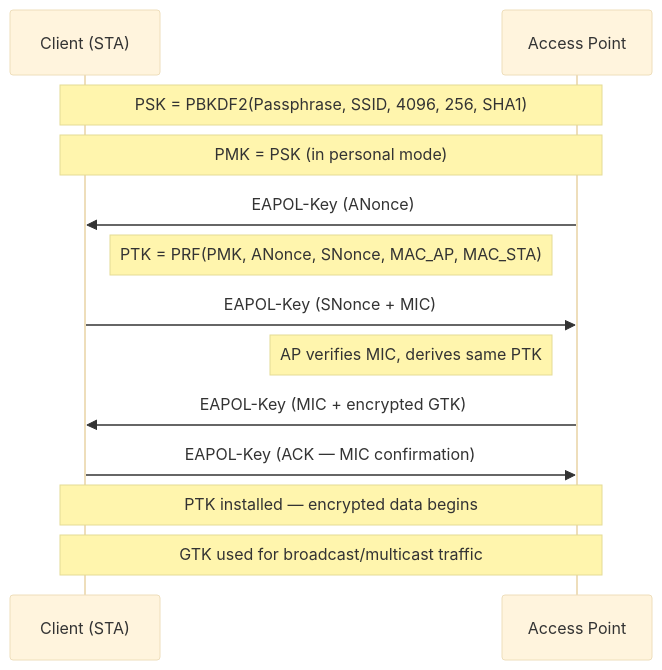
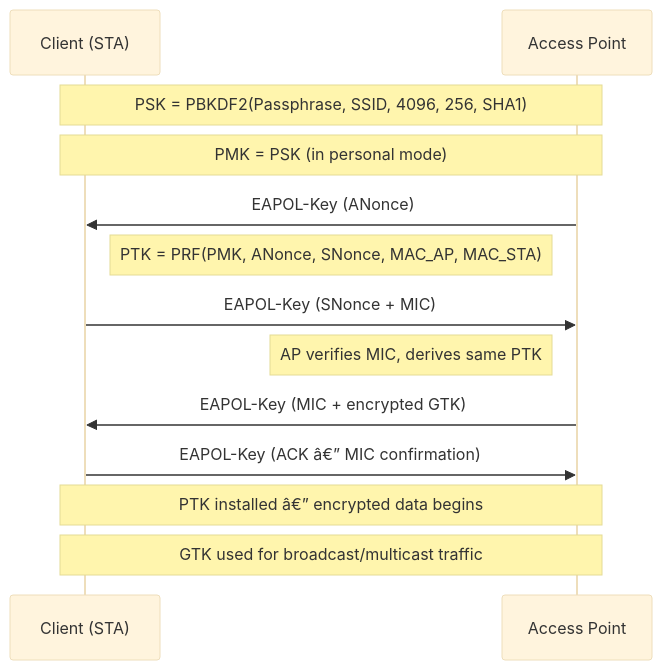
One commit to Raushan666java/ai-engineering-journey changed the first of 7 diagrams in docs/courses/cyber-security/14-wireless-iot-embedded.md. Above: the diagram before and after it, drawn with Mermaid (base theme). The commit also changed other lines of this file and 735 other files, not shown here.

````diff
--- a/docs/courses/cyber-security/14-wireless-iot-embedded.md
+++ b/docs/courses/cyber-security/14-wireless-iot-embedded.md
@@ -182,15 +182,15 @@
 ```mermaid
 sequenceDiagram
     participant STA as Client (STA)
     participant AP as Access Point
     Note over STA,AP: PSK = PBKDF2(Passphrase, SSID, 4096, 256, SHA1)
     Note over STA,AP: PMK = PSK (in personal mode)
     AP->>STA: EAPOL-Key (ANonce)
     Note right of STA: PTK = PRF(PMK, ANonce, SNonce, MAC_AP, MAC_STA)
     STA->>AP: EAPOL-Key (SNonce + MIC)
     Note left of AP: AP verifies MIC, derives same PTK
     AP->>STA: EAPOL-Key (MIC + encrypted GTK)
-    STA->>AP: EAPOL-Key (ACK — MIC confirmation)
-    Note over STA,AP: PTK installed — encrypted data begins
+    STA->>AP: EAPOL-Key (ACK â€” MIC confirmation)
+    Note over STA,AP: PTK installed â€” encrypted data begins
     Note over STA,AP: GTK used for broadcast/multicast traffic
 ```
````
